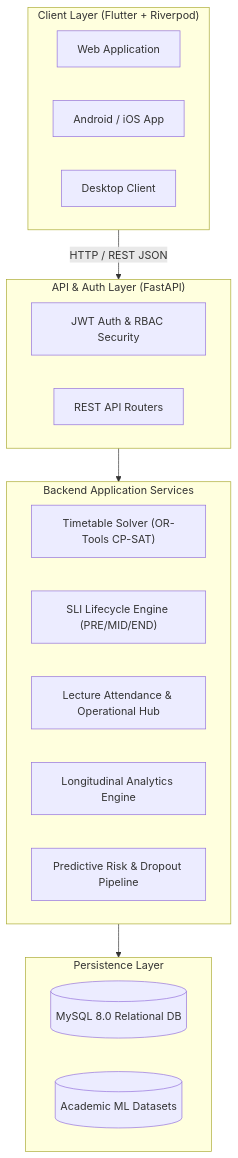
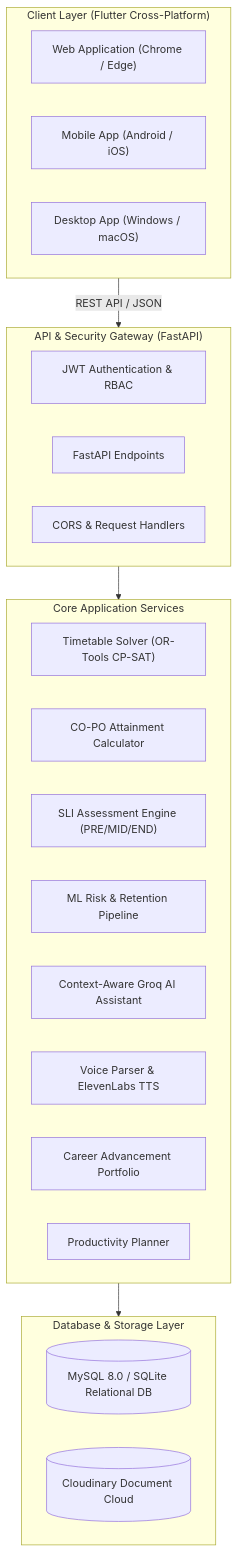
One commit to Guru2025-KIT/ENOSIS-Every-Task-One-Solution- changed the diagram in README.md. Above: the diagram before and after it, drawn with Mermaid. The commit also changed other lines of this file and 2 other files, not shown here.

Commit message:
docs(readme): embed official ENOSIS logo, update all active module docs, refine admin seed migration, and clean timetable documentation

````diff
--- a/README.md
+++ b/README.md
@@ -74,30 +131,34 @@
 ```mermaid
 graph TD
-    subgraph Frontend ["Client Layer (Flutter + Riverpod)"]
-        UI_Web["Web Application"]
-        UI_Mobile["Android / iOS App"]
-        UI_Desktop["Desktop Client"]
+    subgraph Clients ["Client Layer (Flutter Cross-Platform)"]
+        WebClient["Web Application (Chrome / Edge)"]
+        MobileClient["Mobile App (Android / iOS)"]
+        DesktopClient["Desktop App (Windows / macOS)"]
     end
 
-    subgraph Gateway ["API & Auth Layer (FastAPI)"]
-        JWT["JWT Auth & RBAC Security"]
-        Router["REST API Routers"]
+    subgraph Gateway ["API & Security Gateway (FastAPI)"]
+        AuthMiddleware["JWT Authentication & RBAC"]
+        APIRouter["FastAPI Endpoints"]
+        CORS["CORS & Request Handlers"]
     end
 
-    subgraph CoreServices ["Backend Application Services"]
-        TT_Service["Timetable Solver (OR-Tools CP-SAT)"]
-        SLI_Service["SLI Lifecycle Engine (PRE/MID/END)"]
-        Att_Service["Lecture Attendance & Operational Hub"]
-        Analytics_Service["Longitudinal Analytics Engine"]
-        ML_Service["Predictive Risk & Dropout Pipeline"]
+    subgraph CoreServices ["Core Application Services"]
+        TT["Timetable Solver (OR-Tools CP-SAT)"]
+        COPO["CO-PO Attainment Calculator"]
+        SLI["SLI Assessment Engine (PRE/MID/END)"]
+        ML["ML Risk & Retention Pipeline"]
+        AI["Context-Aware Groq AI Assistant"]
+        Voice["Voice Parser & ElevenLabs TTS"]
+        Career["Career Advancement Portfolio"]
+        Todo["Productivity Planner"]
     end
 
-    subgraph DataStore ["Persistence Layer"]
-        MySQL[(MySQL 8.0 Relational DB)]
-        Datasets[("Academic ML Datasets")]
+    subgraph DataStore ["Database & Storage Layer"]
+        MySQL[(MySQL 8.0 / SQLite Relational DB)]
+        Cloudinary[("Cloudinary Document Cloud")]
     end
 
-    Frontend -->|HTTP / REST JSON| Gateway
+    Clients -->|REST API / JSON| Gateway
     Gateway --> CoreServices
     CoreServices --> DataStore
 ```
````
